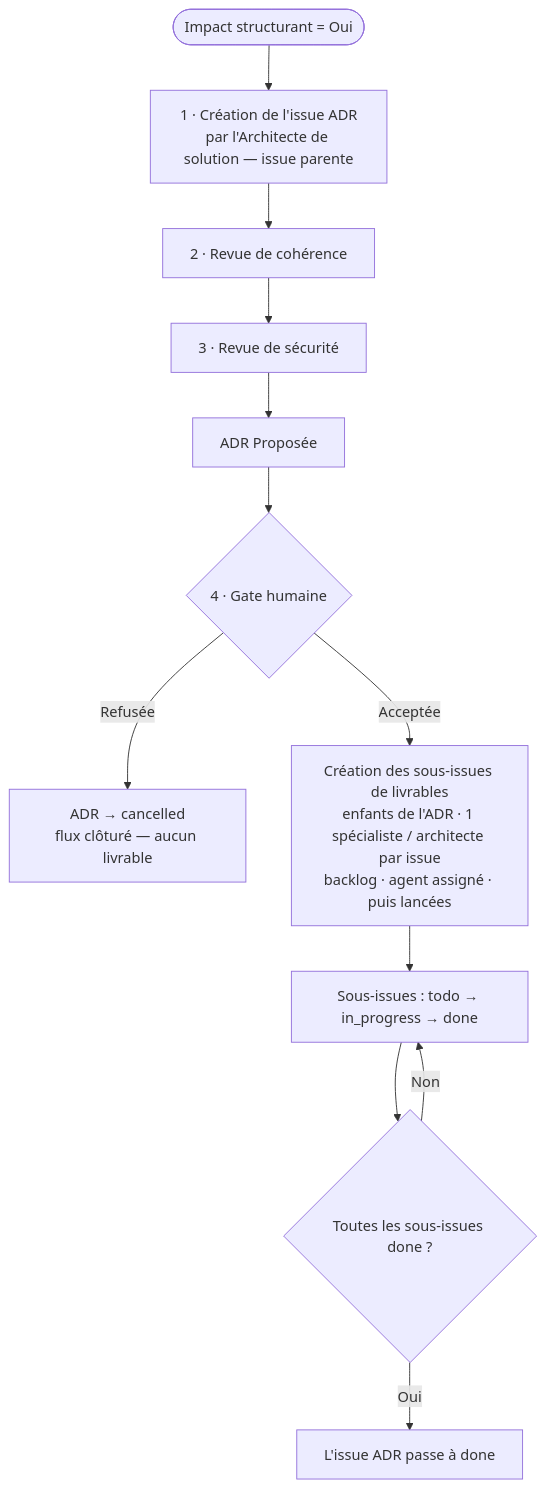
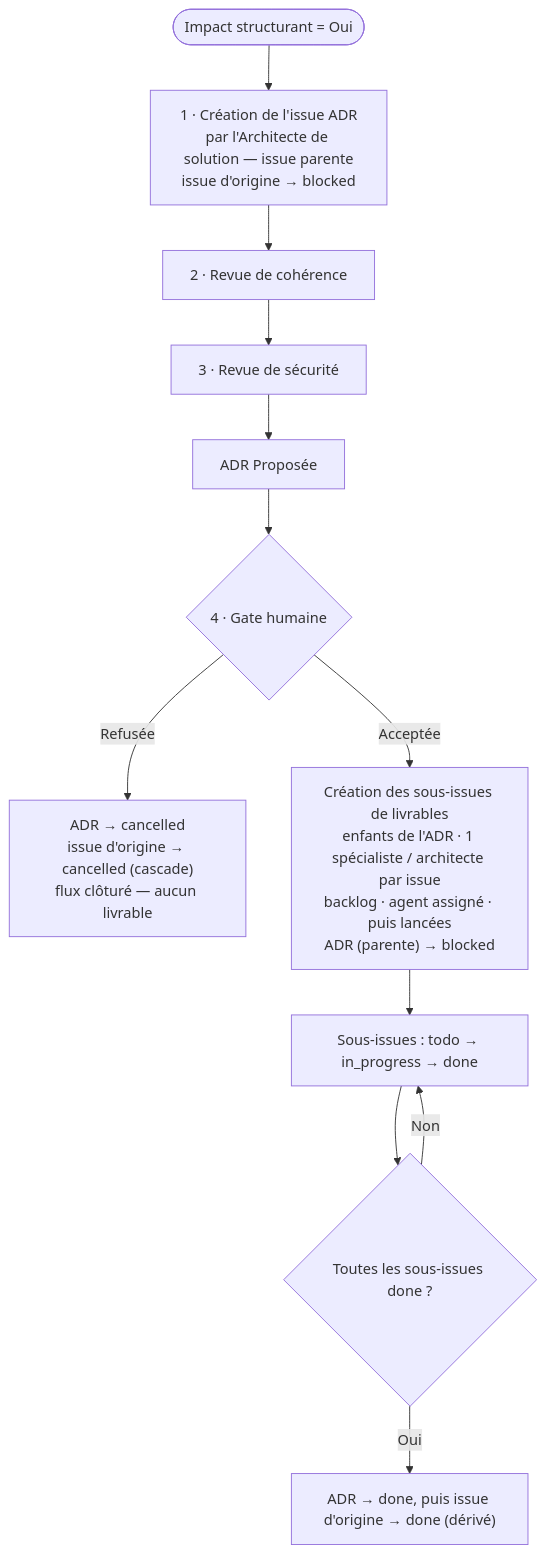
One commit to Gsyltc/homelab-portfolio changed the diagram in core/common/stages/inception/deliverables-breakdown.md. Above: the diagram before and after it, drawn with Mermaid. The commit also changed other lines of this file and 3 other files, not shown here.

First line of the commit message:
Bloquer l'issue parente pendant ses sous-issues + annuler l'origine au refus d'ADR

````diff
--- a/core/common/stages/inception/deliverables-breakdown.md
+++ b/core/common/stages/inception/deliverables-breakdown.md
@@ -46,14 +46,14 @@
 ```mermaid
 flowchart TD
     Start([Impact structurant = Oui]) --> A1
-    A1["1 · Création de l'issue ADR<br/>par l'Architecte de solution — issue parente"] --> A2
+    A1["1 · Création de l'issue ADR<br/>par l'Architecte de solution — issue parente<br/>issue d'origine → blocked"] --> A2
     A2["2 · Revue de cohérence"] --> A3
     A3["3 · Revue de sécurité"] --> Prop["ADR Proposée"]
     Prop --> Gate{"4 · Gate humaine"}
-    Gate -->|Refusée| KO["ADR → cancelled<br/>flux clôturé — aucun livrable"]
-    Gate -->|Acceptée| Issues["Création des sous-issues de livrables<br/>enfants de l'ADR · 1 spécialiste / architecte par issue<br/>backlog · agent assigné · puis lancées"]
+    Gate -->|Refusée| KO["ADR → cancelled<br/>issue d'origine → cancelled (cascade)<br/>flux clôturé — aucun livrable"]
+    Gate -->|Acceptée| Issues["Création des sous-issues de livrables<br/>enfants de l'ADR · 1 spécialiste / architecte par issue<br/>backlog · agent assigné · puis lancées<br/>ADR (parente) → blocked"]
     Issues --> Run["Sous-issues : todo → in_progress → done"]
     Run --> Check{"Toutes les sous-issues done ?"}
     Check -->|Non| Run
-    Check -->|Oui| Done["L'issue ADR passe à done"]
+    Check -->|Oui| Done["ADR → done, puis issue d'origine → done (dérivé)"]
 ```
````
